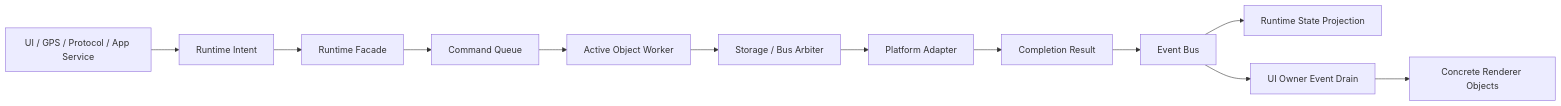
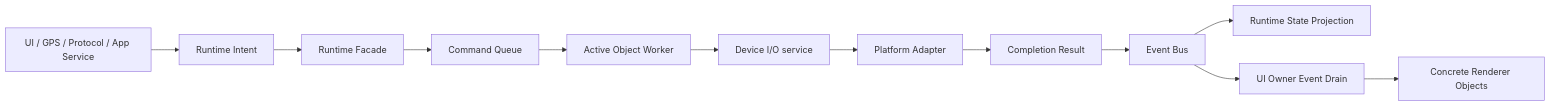
One commit to manmuqingshan/trail-mate changed diagram 21 of 23 in docs/specification/UI_STORAGE_EVENT_RUNTIME_DESIGN_SPEC.md. Above: the diagram before and after it, drawn with Mermaid. The commit also changed other lines of this file and 95 other files, not shown here.

````diff
--- a/docs/specification/UI_STORAGE_EVENT_RUNTIME_DESIGN_SPEC.md
+++ b/docs/specification/UI_STORAGE_EVENT_RUNTIME_DESIGN_SPEC.md
@@ -1691,14 +1156,14 @@
 ```mermaid
 flowchart LR
   Caller["UI / GPS / Protocol / App Service"] --> Intent["Runtime Intent"]
   Intent --> Facade["Runtime Facade"]
   Facade --> CommandQueue["Command Queue"]
   CommandQueue --> Worker["Active Object Worker"]
-  Worker --> Arbiter["Storage / Bus Arbiter"]
-  Arbiter --> Adapter["Platform Adapter"]
+  Worker --> DeviceIo["Device I/O service"]
+  DeviceIo --> Adapter["Platform Adapter"]
   Adapter --> Completion["Completion Result"]
   Completion --> EventBus["Event Bus"]
   EventBus --> State["Runtime State Projection"]
   EventBus --> UiDrain["UI Owner Event Drain"]
   UiDrain --> Renderer["Concrete Renderer Objects"]
 ```
````
